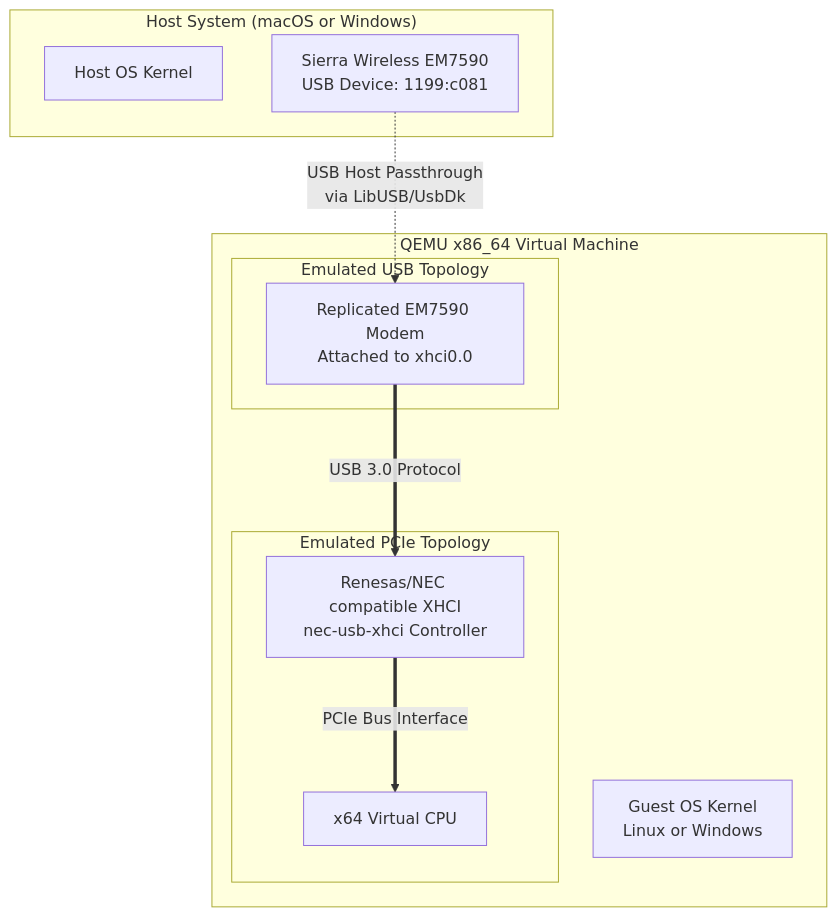
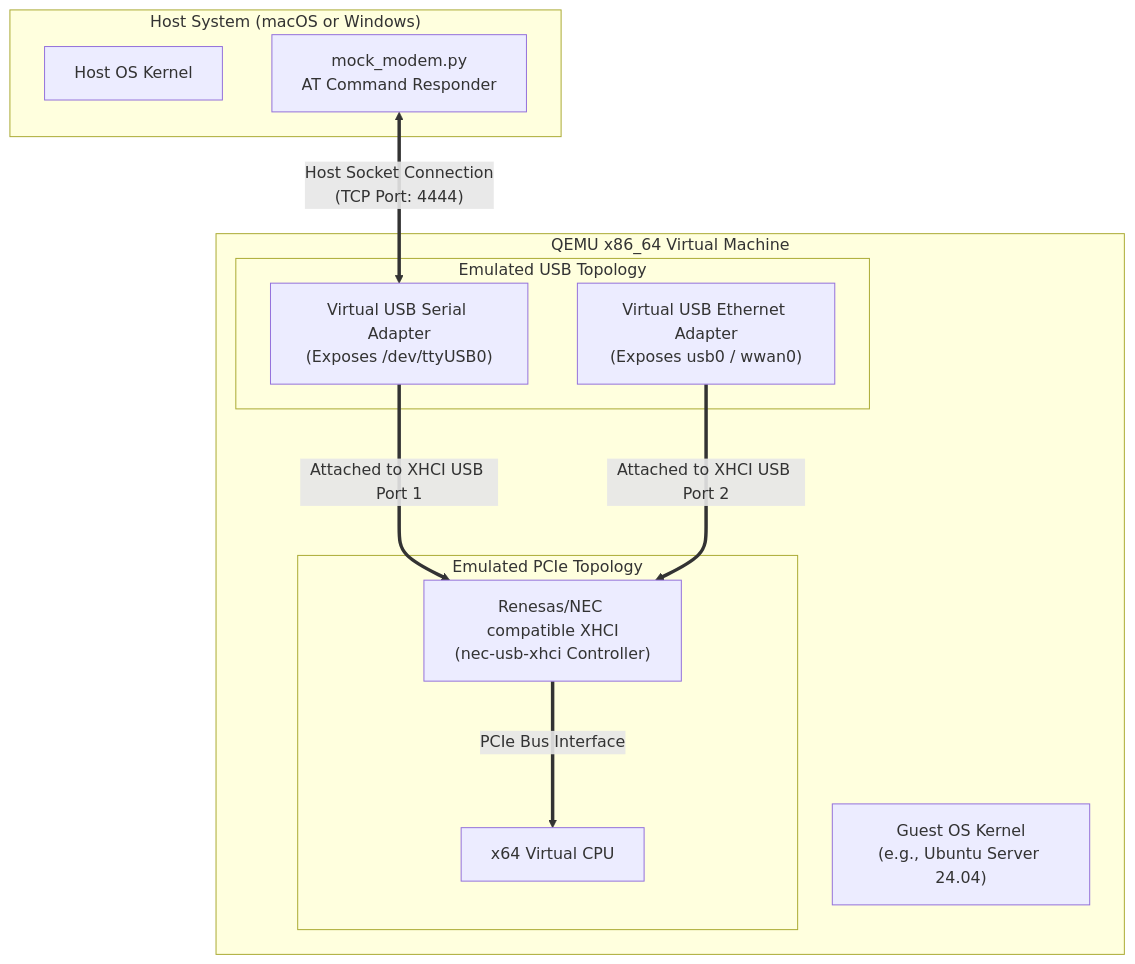
One commit to sunnyvale-it/renesas-sierra changed the diagram in README.md. Above: the diagram before and after it, drawn with Mermaid. The commit also changed other lines of this file and 5 other files, not shown here.

Commit message:
feat: implement software-only modem emulation mode with mock AT command responder

````diff
--- a/README.md
+++ b/README.md
@@ -13,24 +13,26 @@
 ```mermaid
 graph TD
     subgraph "Host System (macOS or Windows)"
         HostOS["Host OS Kernel"]
-        PhysModem["Sierra Wireless EM7590<br/>USB Device: 1199:c081"]
+        MockDaemon["mock_modem.py<br/>AT Command Responder"]
     end
 
     subgraph "QEMU x86_64 Virtual Machine"
-        GuestKernel["Guest OS Kernel<br/>Linux or Windows"]
+        GuestKernel["Guest OS Kernel<br/>(e.g., Ubuntu Server 24.04)"]
         
         subgraph "Emulated PCIe Topology"
             VM_CPU["x64 Virtual CPU"]
-            XHCI["Renesas/NEC compatible XHCI<br/>nec-usb-xhci Controller"]
+            XHCI["Renesas/NEC compatible XHCI<br/>(nec-usb-xhci Controller)"]
         end
         
         subgraph "Emulated USB Topology"
-            VM_Modem["Replicated EM7590 Modem<br/>Attached to xhci0.0"]
+            VM_Serial["Virtual USB Serial Adapter<br/>(Exposes /dev/ttyUSB0)"]
+            VM_Net["Virtual USB Ethernet Adapter<br/>(Exposes usb0 / wwan0)"]
         end
     end
 
-    PhysModem -.->|"USB Host Passthrough<br/>via LibUSB/UsbDk"| VM_Modem
+    MockDaemon <==>|"Host Socket Connection<br/>(TCP Port: 4444)"| VM_Serial
     XHCI ===>|"PCIe Bus Interface"| VM_CPU
-    VM_Modem ===>|"USB 3.0 Protocol"| XHCI
+    VM_Serial ===>|"Attached to XHCI USB Port 1"| XHCI
+    VM_Net ===>|"Attached to XHCI USB Port 2"| XHCI
 ```
````
